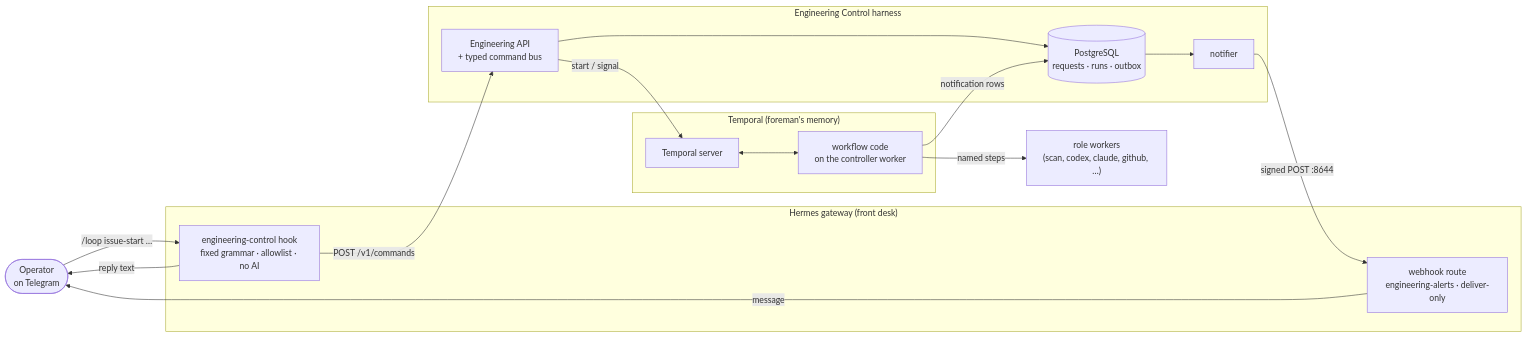
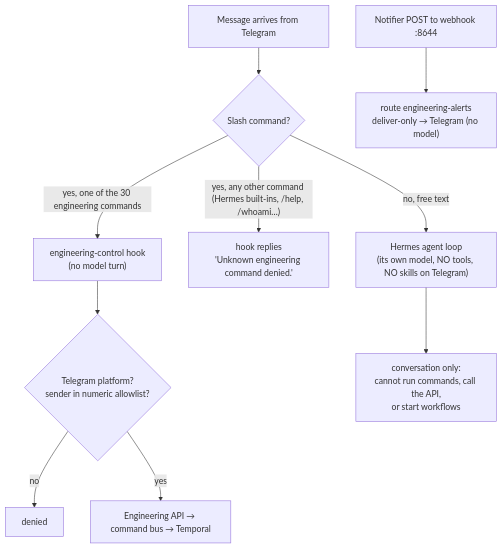
One commit to gntik-ai/Engineering-Control-Kubernetes changed the second of 5 diagrams in docs/architecture-course/functional-overview/02-hermes-and-temporal-together.md. Above: the diagram before and after it, drawn with Mermaid. The commit also changed other lines of this file and 7 other files, not shown here.

First line of the commit message:
docs: centre the functional overview on the Hermes Agent framework

````diff
--- a/docs/architecture-course/functional-overview/02-hermes-and-temporal-together.md
+++ b/docs/architecture-course/functional-overview/02-hermes-and-temporal-together.md
@@ -17,28 +109,12 @@
 ```mermaid
-flowchart LR
-    OP(["Operator<br/>on Telegram"])
-    subgraph GWBOX["Hermes gateway (front desk)"]
-        HOOK["engineering-control hook<br/>fixed grammar · allowlist · no AI"]
-        WH["webhook route<br/>engineering-alerts · deliver-only"]
-    end
-    subgraph EC["Engineering Control harness"]
-        API["Engineering API<br/>+ typed command bus"]
-        DB[("PostgreSQL<br/>requests · runs · outbox")]
-        NOTIF["notifier"]
-    end
-    subgraph TEMP["Temporal (foreman's memory)"]
-        T["Temporal server"]
-        WF["workflow code<br/>on the controller worker"]
-    end
-    WORKERS["role workers<br/>(scan, codex, claude, github, …)"]
-
-    OP -- "/loop issue-start …" --> HOOK
-    HOOK -- "POST /v1/commands" --> API
-    API --> DB
-    API -- "start / signal" --> T
-    T <--> WF
-    WF -- "named steps" --> WORKERS
-    WF -- "notification rows" --> DB
-    DB --> NOTIF -- "signed POST :8644" --> WH -- "message" --> OP
-    HOOK -- "reply text" --> OP
+flowchart TD
+    MSG["Message arrives from Telegram"] --> Q1{"Slash command?"}
+    Q1 -- "yes, one of the 30 engineering commands" --> HOOK["engineering-control hook<br/>(no model turn)"]
+    HOOK --> AUTH{"Telegram platform?<br/>sender in numeric allowlist?"}
+    AUTH -- no --> DENY1["denied"]
+    AUTH -- yes --> API["Engineering API → command bus → Temporal"]
+    Q1 -- "yes, any other command (Hermes built-ins, /help, /whoami…)" --> DENY2["hook replies<br/>'Unknown engineering command denied.'"]
+    Q1 -- "no, free text" --> LOOP["Hermes agent loop<br/>(its own model, NO tools, NO skills on Telegram)"]
+    LOOP --> TALK["conversation only:<br/>cannot run commands, call the API,<br/>or start workflows"]
+    WEB["Notifier POST to webhook :8644"] --> DELIVER["route engineering-alerts<br/>deliver-only → Telegram (no model)"]
 ```
````
